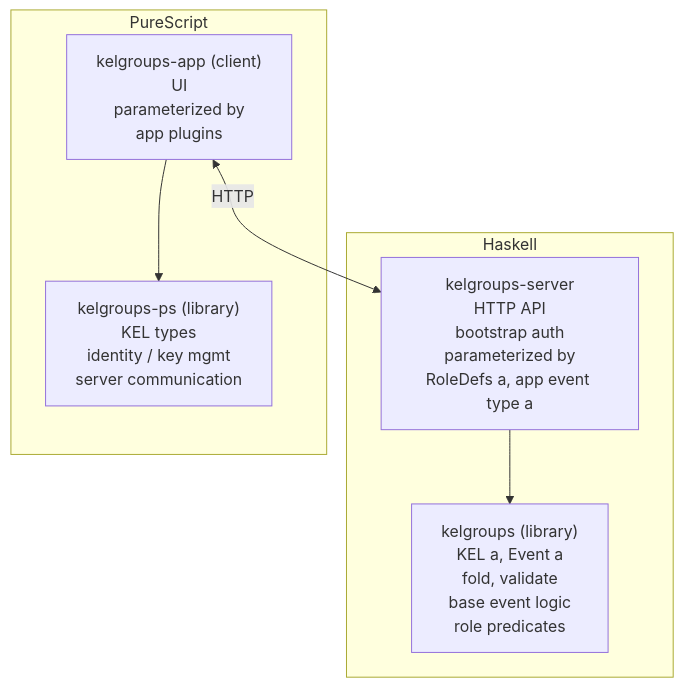
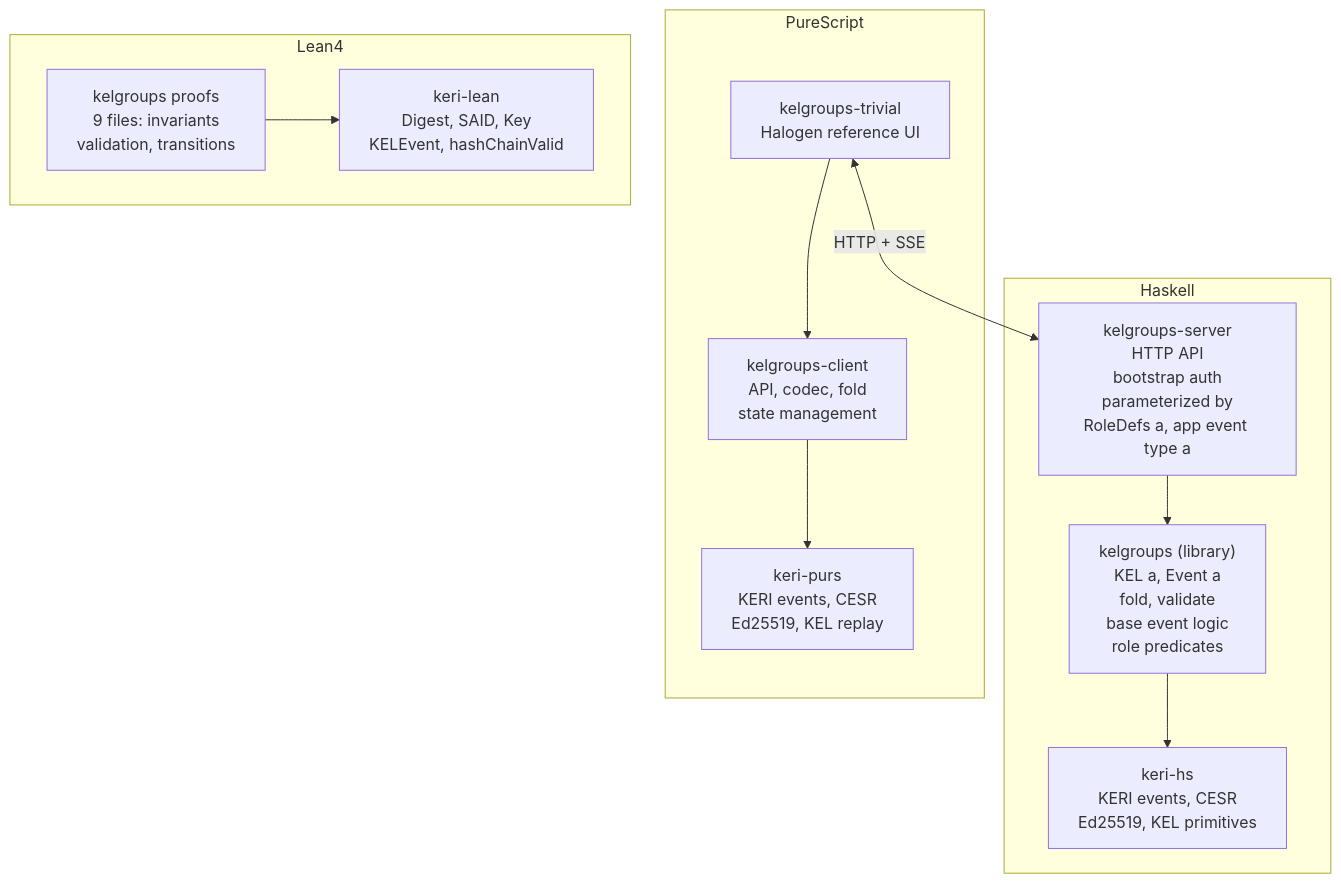
Before and after one commit to paolino/kelgroups: the third of 5 diagrams in docs/docs/design.md, drawn with Mermaid. The commit also changed other lines of this file and 37 other files, not shown here.

First line of the commit message:
refactor: bump keri-hs and depend on keri-purs

````diff
--- a/docs/docs/design.md
+++ b/docs/docs/design.md
@@ -140,18 +148,31 @@
 ```mermaid
 flowchart TB
     subgraph Haskell
         LIB["kelgroups (library)<br/>KEL a, Event a<br/>fold, validate<br/>base event logic<br/>role predicates"]
 
         SRV["kelgroups-server<br/>HTTP API<br/>bootstrap auth<br/>parameterized by<br/>RoleDefs a, app event type a"]
+
+        KERIHS["keri-hs<br/>KERI events, CESR<br/>Ed25519, KEL primitives"]
     end
 
     subgraph PureScript
-        PSLIB["kelgroups-ps (library)<br/>KEL types<br/>identity / key mgmt<br/>server communication"]
+        PSLIB["kelgroups-client<br/>API, codec, fold<br/>state management"]
 
-        APP["kelgroups-app (client)<br/>UI<br/>parameterized by<br/>app plugins"]
+        APP["kelgroups-trivial<br/>Halogen reference UI"]
+
+        KERIPURS["keri-purs<br/>KERI events, CESR<br/>Ed25519, KEL replay"]
+    end
+
+    subgraph Lean4
+        KERILEAN["keri-lean<br/>Digest, SAID, Key<br/>KELEvent, hashChainValid"]
+
+        PROOFS["kelgroups proofs<br/>9 files: invariants<br/>validation, transitions"]
     end
 
     SRV --> LIB
+    LIB --> KERIHS
     APP --> PSLIB
-    APP <-->|HTTP| SRV
+    PSLIB --> KERIPURS
+    PROOFS --> KERILEAN
+    APP <-->|HTTP + SSE| SRV
 ```
````
